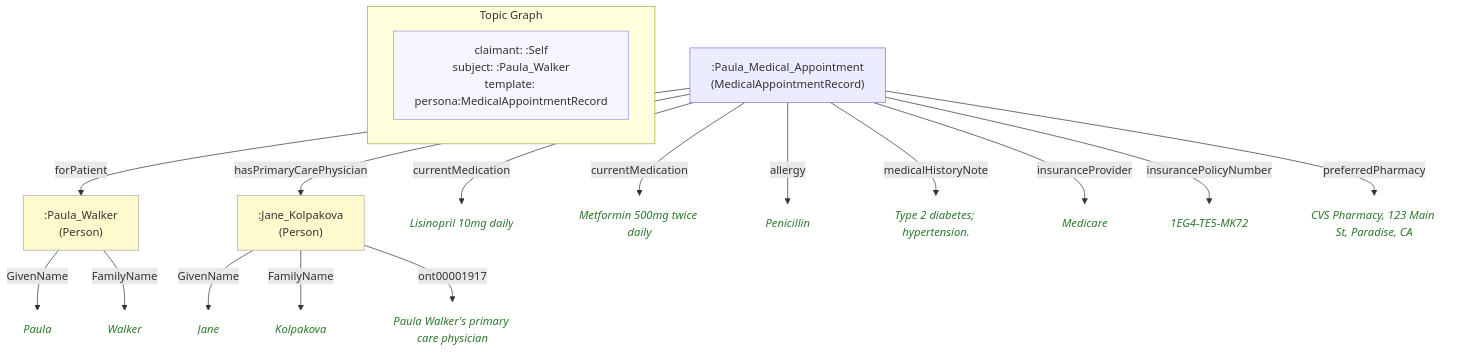
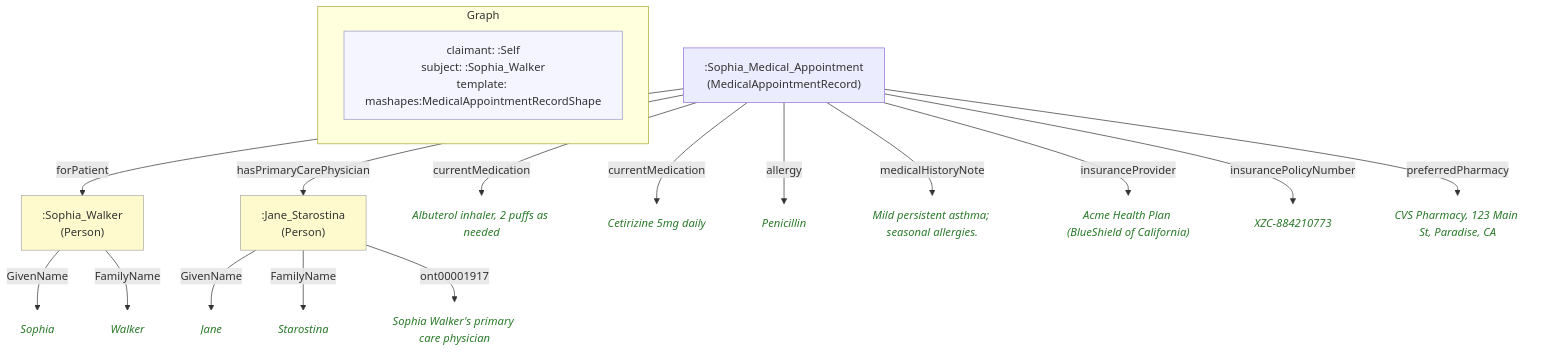
One commit to MeeFoundation/mia-ontologies changed the diagram in example/graphs/images/graph-26.mmd. Above: the diagram before and after it, drawn with Mermaid. The commit also changed 114 other files, not shown here.

```diff
--- a/example/graphs/images/graph-26.mmd
+++ b/example/graphs/images/graph-26.mmd
@@ -1,42 +1,41 @@
 flowchart TD
     classDef person fill:#fffacd,stroke:#aaa,color:#333
-    classDef grp    fill:#d4edda,stroke:#aaa,color:#333
     classDef org    fill:#cce5ff,stroke:#aaa,color:#333
     classDef lit    fill:none,stroke:none,font-style:italic,color:#2a7a2a
     classDef meta   fill:#f5f5ff,stroke:#9999cc,color:#333
 
-    subgraph ctx["Topic Graph"]
+    subgraph ctx["Graph"]
         direction LR
-        ctx_meta["claimant: :Self\nsubject: :Paula_Walker\ntemplate: persona:MedicalAppointmentRecord"]:::meta
+        ctx_meta["claimant: :Self\nsubject: :Sophia_Walker\ntemplate: mashapes:MedicalAppointmentRecordShape"]:::meta
     end
 
-    nb56a5989f29e[":Jane_Kolpakova\n(Person)"]:::person
-    n95cfbaca1339("Jane"):::lit
-    n1b3779ccfa03("Kolpakova"):::lit
-    nf659c998053a("Paula Walker's primary care physician"):::lit
-    n9c0041903ee1[":Paula_Medical_Appointment\n(MedicalAppointmentRecord)"]
-    nf4296ab13de4[":Paula_Walker\n(Person)"]:::person
-    nd3d68245abd1("Lisinopril 10mg daily"):::lit
-    n75726e1c0322("Metformin 500mg twice daily"):::lit
-    n7461808b07a8("Penicillin"):::lit
-    n798c153b9d63("Type 2 diabetes; hypertension."):::lit
-    nb048c127c644("Medicare"):::lit
-    nd767c2e2c89d("1EG4-TE5-MK72"):::lit
-    nfb1be0ec8e6d("CVS Pharmacy, 123 Main St, Paradise, CA"):::lit
-    nb37f2c863cca("Paula"):::lit
-    nd093b177ee22("Walker"):::lit
+    ncb7388e459f8[":Jane_Starostina\n(Person)"]:::person
+    n3634f578b720("Jane"):::lit
+    n8b8a8d2e353c("Starostina"):::lit
+    nde308694bc44("Sophia Walker's primary care physician"):::lit
+    na4b527a367fe[":Sophia_Medical_Appointment\n(MedicalAppointmentRecord)"]
+    n2862909bb09a[":Sophia_Walker\n(Person)"]:::person
+    ned787b716bf4("Albuterol inhaler, 2 puffs as needed"):::lit
+    ndcf9463eef26("Cetirizine 5mg daily"):::lit
+    n901ea8658d8c("Penicillin"):::lit
+    nc6054eadf5bb("Mild persistent asthma; seasonal allergies."):::lit
+    n8334609721f0("Acme Health Plan (BlueShield of California)"):::lit
+    n37a056879e45("XZC-884210773"):::lit
+    nd86d8f4bf8bd("CVS Pharmacy, 123 Main St, Paradise, CA"):::lit
+    ndec41448034a("Sophia"):::lit
+    n80ca25725fc4("Walker"):::lit
 
-    nb56a5989f29e -->|"GivenName"| n95cfbaca1339
-    nb56a5989f29e -->|"FamilyName"| n1b3779ccfa03
-    nb56a5989f29e -->|"ont00001917"| nf659c998053a
-    n9c0041903ee1 -->|"forPatient"| nf4296ab13de4
-    n9c0041903ee1 -->|"hasPrimaryCarePhysician"| nb56a5989f29e
-    n9c0041903ee1 -->|"currentMedication"| nd3d68245abd1
-    n9c0041903ee1 -->|"currentMedication"| n75726e1c0322
-    n9c0041903ee1 -->|"allergy"| n7461808b07a8
-    n9c0041903ee1 -->|"medicalHistoryNote"| n798c153b9d63
-    n9c0041903ee1 -->|"insuranceProvider"| nb048c127c644
-    n9c0041903ee1 -->|"insurancePolicyNumber"| nd767c2e2c89d
-    n9c0041903ee1 -->|"preferredPharmacy"| nfb1be0ec8e6d
-    nf4296ab13de4 -->|"GivenName"| nb37f2c863cca
-    nf4296ab13de4 -->|"FamilyName"| nd093b177ee22
+    ncb7388e459f8 -->|"GivenName"| n3634f578b720
+    ncb7388e459f8 -->|"FamilyName"| n8b8a8d2e353c
+    ncb7388e459f8 -->|"ont00001917"| nde308694bc44
+    na4b527a367fe -->|"forPatient"| n2862909bb09a
+    na4b527a367fe -->|"hasPrimaryCarePhysician"| ncb7388e459f8
+    na4b527a367fe -->|"currentMedication"| ned787b716bf4
+    na4b527a367fe -->|"currentMedication"| ndcf9463eef26
+    na4b527a367fe -->|"allergy"| n901ea8658d8c
+    na4b527a367fe -->|"medicalHistoryNote"| nc6054eadf5bb
+    na4b527a367fe -->|"insuranceProvider"| n8334609721f0
+    na4b527a367fe -->|"insurancePolicyNumber"| n37a056879e45
+    na4b527a367fe -->|"preferredPharmacy"| nd86d8f4bf8bd
+    n2862909bb09a -->|"GivenName"| ndec41448034a
+    n2862909bb09a -->|"FamilyName"| n80ca25725fc4
```
